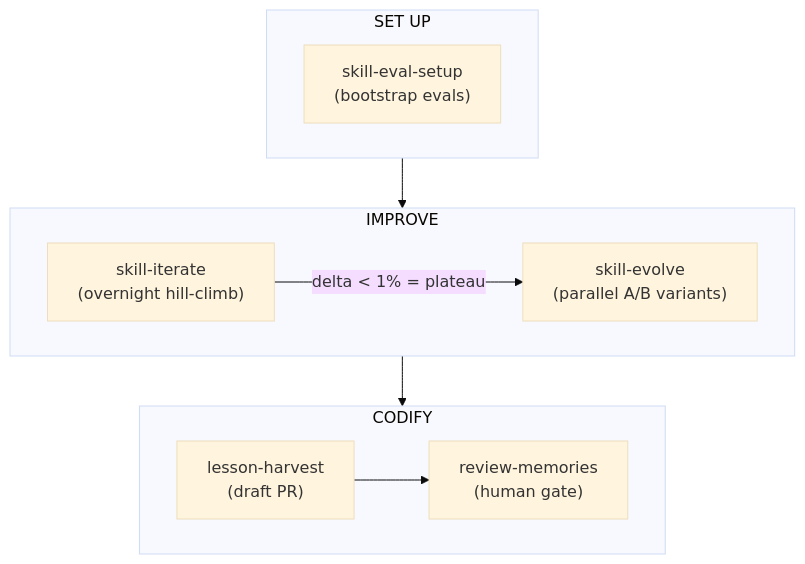
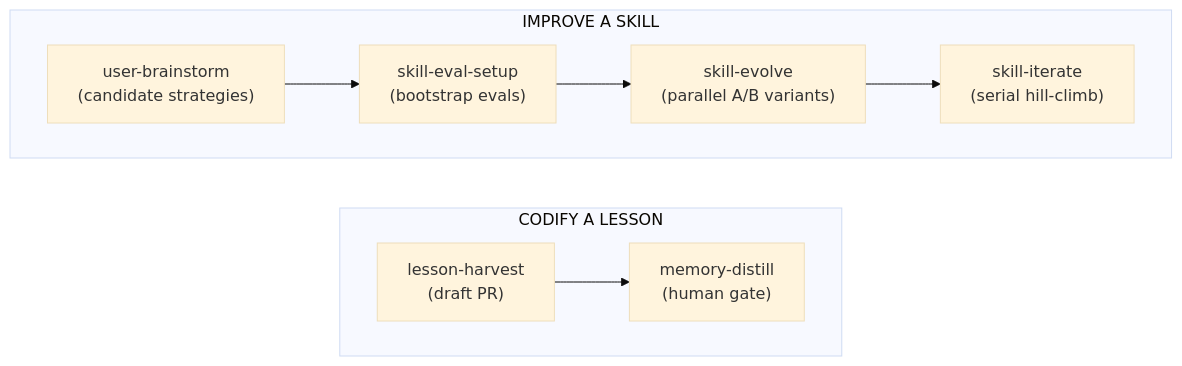
One commit to aberson/claude-skills changed the second of 2 diagrams in README.md. Above: the diagram before and after it, drawn with Mermaid (base theme). The commit also changed other lines of this file and 4 other files, not shown here.

Commit message:
docs: restructure README (grouped tables, collapsibles); rename bug-fix→user-fix, review-memories→memory-distill; add Maintenance category

````diff
--- a/README.md
+++ b/README.md
@@ -255,16 +301,12 @@
 ```mermaid
 flowchart TD
-    subgraph SETUP["SET UP"]
+    subgraph IMPROVE["IMPROVE A SKILL"]
         direction LR
-        S["skill-eval-setup<br>(bootstrap evals)"]
+        A["user-brainstorm<br>(candidate strategies)"] --> B["skill-eval-setup<br>(bootstrap evals)"] --> C["skill-evolve<br>(parallel A/B variants)"] --> D["skill-iterate<br>(serial hill-climb)"]
     end
-    subgraph IMPROVE["IMPROVE"]
+    subgraph CODIFY["CODIFY A LESSON"]
         direction LR
-        I["skill-iterate<br>(overnight hill-climb)"] -- "delta < 1% = plateau" --> E["skill-evolve<br>(parallel A/B variants)"]
+        E["lesson-harvest<br>(draft PR)"] --> F["memory-distill<br>(human gate)"]
     end
-    subgraph CODIFY["CODIFY"]
-        direction LR
-        L["lesson-harvest<br>(draft PR)"] --> M["review-memories<br>(human gate)"]
-    end
-    SETUP --> IMPROVE --> CODIFY
+    IMPROVE ~~~ CODIFY
 ```
````
